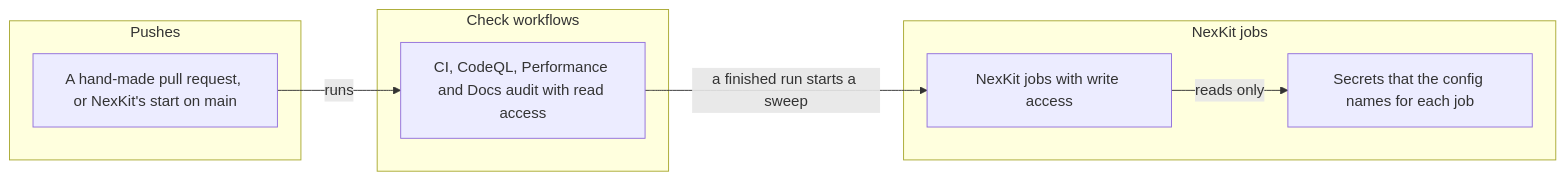
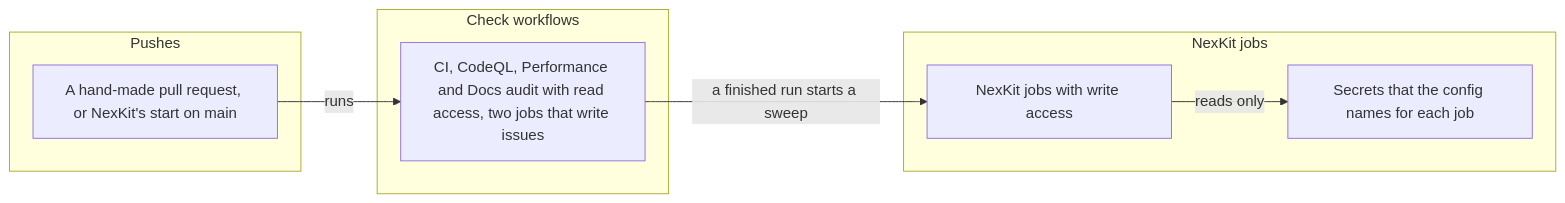
Before and after one commit to phuongnse/axis: the third of 4 diagrams in docs/reference/threat-model-build.md, drawn with Mermaid. The commit also changed other lines of this file and 7 other files, not shown here.

````diff
--- a/docs/reference/threat-model-build.md
+++ b/docs/reference/threat-model-build.md
@@ -69,16 +69,16 @@
 ```mermaid
 flowchart LR
     subgraph pushes [Pushes]
         Push[A hand-made pull request, or NexKit's start on main]
     end
     subgraph checks [Check workflows]
-        Ci[CI, CodeQL, Performance and Docs audit with read access]
+        Ci[CI, CodeQL, Performance and Docs audit with read access, two jobs that write issues]
     end
     subgraph nexkitjobs [NexKit jobs]
         Jobs[NexKit jobs with write access]
         Secrets[Secrets that the config names for each job]
     end
     Push -->|runs| Ci
     Ci -->|a finished run starts a sweep| Jobs
     Jobs -->|reads only| Secrets
 ```
````
